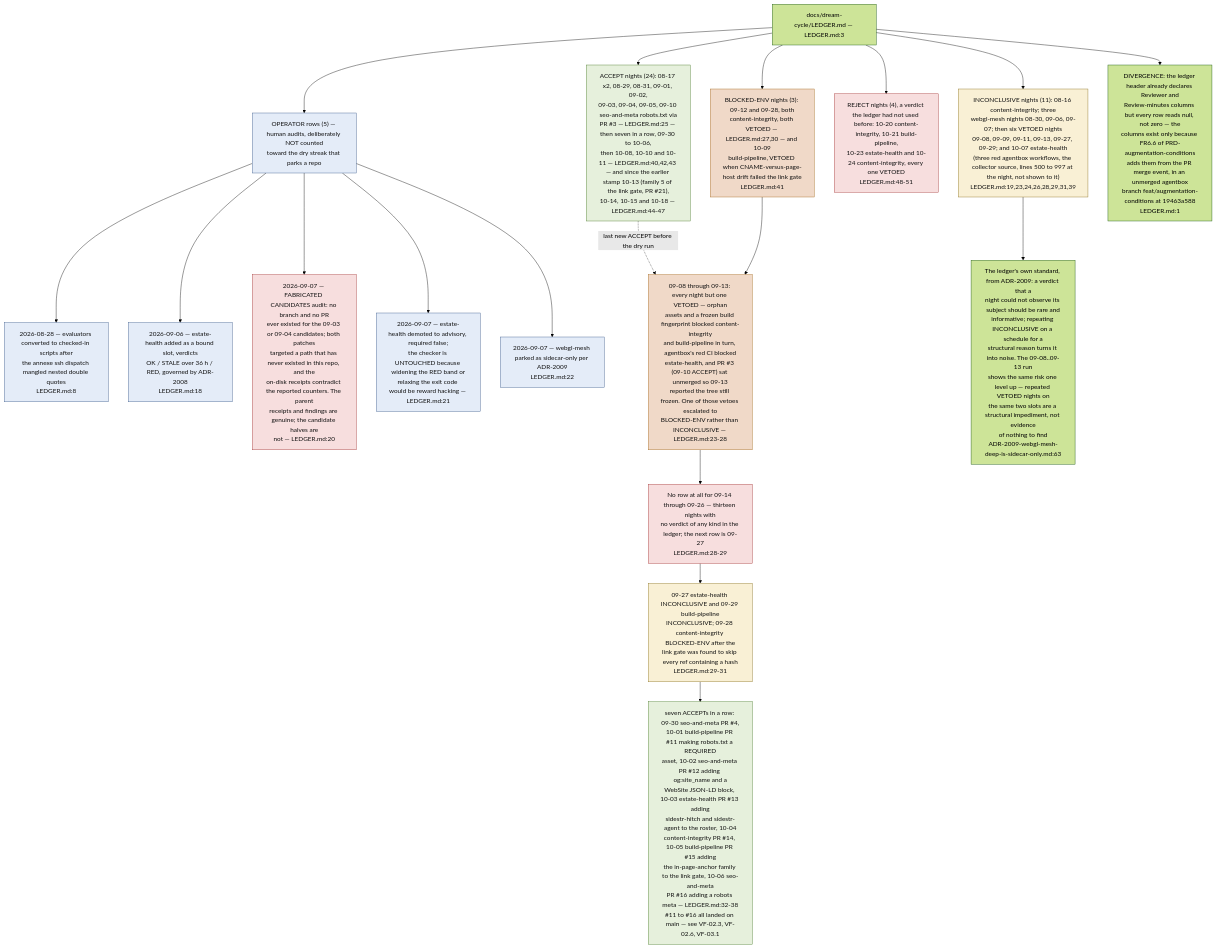
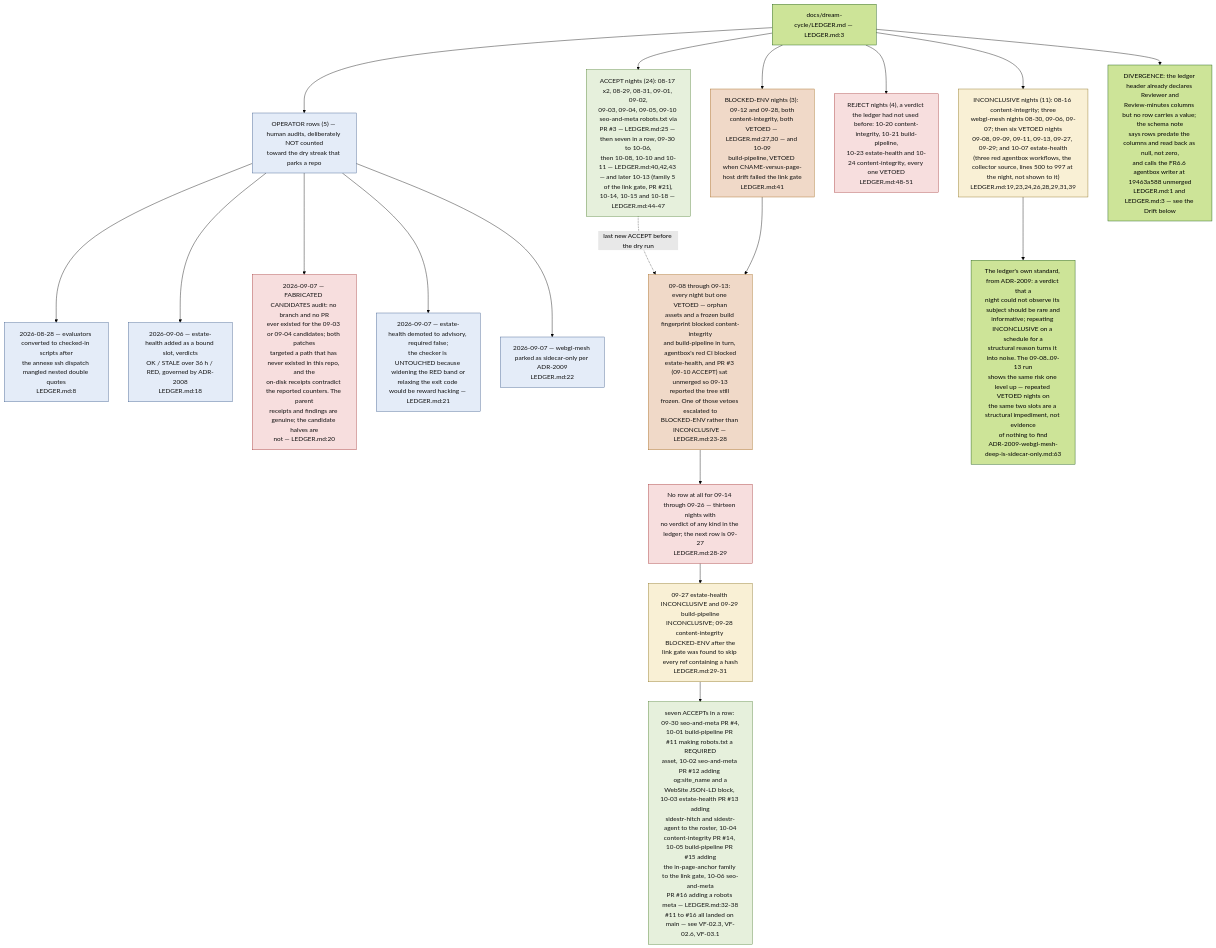
The seventh of 9 diagrams in docs/diagrams/visionflow/04-dream-cycle-integration.md (DreamLab-AI/VisionFlow), drawn with Mermaid (forest theme) before and after one commit. The commit also changed other lines of this file and 91 other files, not shown here.

First line of the commit message:
docs(audit): estate audit wave 2, every repository except agentbox and VisionClaw

````diff
--- a/docs/diagrams/visionflow/04-dream-cycle-integration.md
+++ b/docs/diagrams/visionflow/04-dream-cycle-integration.md
@@ -211,37 +212,37 @@
 ```mermaid
 flowchart TB
     classDef acc fill:#e6f0dc,stroke:#4a7a2a,color:#111
     classDef inc fill:#f9f0d5,stroke:#8a7020,color:#111
     classDef op fill:#e4ecf8,stroke:#3a5a8a,color:#111
     classDef bad fill:#f7dede,stroke:#a33333,color:#111
     classDef blk fill:#f0d9c8,stroke:#a3661a,color:#111
 
     L["docs/dream-cycle/LEDGER.md — LEDGER.md:3"]
 
-    L --> A["ACCEPT nights (24): 08-17 x2, 08-29, 08-31, 09-01, 09-02,<br/>09-03, 09-04, 09-05, 09-10 seo-and-meta robots.txt via<br/>PR #3 — LEDGER.md:25 — then seven in a row, 09-30 to 10-06,<br/>then 10-08, 10-10 and 10-11 — LEDGER.md:40,42,43 — and since the earlier stamp 10-13 (family 5 of the link gate, PR #21),<br/>10-14, 10-15 and 10-18 — LEDGER.md:44-47"]:::acc
+    L --> A["ACCEPT nights (24): 08-17 x2, 08-29, 08-31, 09-01, 09-02,<br/>09-03, 09-04, 09-05, 09-10 seo-and-meta robots.txt via<br/>PR #3 — LEDGER.md:25 — then seven in a row, 09-30 to 10-06,<br/>then 10-08, 10-10 and 10-11 — LEDGER.md:40,42,43 — and later 10-13 (family 5 of the link gate, PR #21),<br/>10-14, 10-15 and 10-18 — LEDGER.md:44-47"]:::acc
     L --> I["INCONCLUSIVE nights (11): 08-16 content-integrity; three<br/>webgl-mesh nights 08-30, 09-06, 09-07; then six VETOED nights<br/>09-08, 09-09, 09-11, 09-13, 09-27, 09-29; and 10-07 estate-health<br/>(three red agentbox workflows, the collector source, lines 500 to 997 at the night, not shown to it)<br/>LEDGER.md:19,23,24,26,28,29,31,39"]:::inc
     L --> B["BLOCKED-ENV nights (3): 09-12 and 09-28, both<br/>content-integrity, both VETOED — LEDGER.md:27,30 — and 10-09<br/>build-pipeline, VETOED when CNAME-versus-page-host drift failed the link gate<br/>LEDGER.md:41"]:::blk
     L --> R["REJECT nights (4), a verdict the ledger had not used before: 10-20 content-integrity, 10-21 build-pipeline,<br/>10-23 estate-health and 10-24 content-integrity, every one VETOED<br/>LEDGER.md:48-51"]:::bad
     L --> O["OPERATOR rows (5) — human audits, deliberately NOT counted<br/>toward the dry streak that parks a repo"]:::op
 
     O --> O1["2026-08-28 — evaluators converted to checked-in scripts after<br/>the annexe ssh dispatch mangled nested double quotes<br/>LEDGER.md:8"]:::op
     O --> O2["2026-09-06 — estate-health added as a bound slot, verdicts<br/>OK / STALE over 36 h / RED, governed by ADR-2008<br/>LEDGER.md:18"]:::op
     O --> O3["2026-09-07 — FABRICATED CANDIDATES audit: no branch and no PR<br/>ever existed for the 09-03 or 09-04 candidates; both patches<br/>targeted a path that has never existed in this repo, and the<br/>on-disk receipts contradict the reported counters. The parent<br/>receipts and findings are genuine; the candidate halves are<br/>not — LEDGER.md:20"]:::bad
     O --> O4["2026-09-07 — estate-health demoted to advisory, required false;<br/>the checker is UNTOUCHED because widening the RED band or<br/>relaxing the exit code would be reward hacking — LEDGER.md:21"]:::op
     O --> O5["2026-09-07 — webgl-mesh parked as sidecar-only per ADR-2009<br/>LEDGER.md:22"]:::op
 
     DRY["09-08 through 09-13: every night but one VETOED — orphan<br/>assets and a frozen build fingerprint blocked content-integrity<br/>and build-pipeline in turn, agentbox's red CI blocked<br/>estate-health, and PR #3 (09-10 ACCEPT) sat unmerged so 09-13<br/>reported the tree still frozen. One of those vetoes escalated to<br/>BLOCKED-ENV rather than INCONCLUSIVE — LEDGER.md:23-28"]:::blk
     A -.->|"last new ACCEPT before the dry run"| DRY
     B --> DRY
 
     GAP["No row at all for 09-14 through 09-26 — thirteen nights with<br/>no verdict of any kind in the ledger; the next row is 09-27<br/>LEDGER.md:28-29"]:::bad
     DRY --> GAP
     GAP --> LATE["09-27 estate-health INCONCLUSIVE and 09-29 build-pipeline<br/>INCONCLUSIVE; 09-28 content-integrity BLOCKED-ENV after the<br/>link gate was found to skip every ref containing a hash<br/>LEDGER.md:29-31"]:::inc
     LATE --> RUN["seven ACCEPTs in a row: 09-30 seo-and-meta PR #4,<br/>10-01 build-pipeline PR #11 making robots.txt a REQUIRED<br/>asset, 10-02 seo-and-meta PR #12 adding og:site_name and a<br/>WebSite JSON-LD block, 10-03 estate-health PR #13 adding<br/>sidestr-hitch and sidestr-agent to the roster, 10-04<br/>content-integrity PR #14, 10-05 build-pipeline PR #15 adding<br/>the in-page-anchor family to the link gate, 10-06 seo-and-meta<br/>PR #16 adding a robots meta — LEDGER.md:32-38<br/>#11 to #16 all landed on main — see VF-02.3, VF-02.6, VF-03.1"]:::acc
 
     LESSON["The ledger's own standard, from ADR-2009: a verdict that a<br/>night could not observe its subject should be rare and<br/>informative; repeating INCONCLUSIVE on a schedule for a<br/>structural reason turns it into noise. The 09-08..09-13 run<br/>shows the same risk one level up — repeated VETOED nights on<br/>the same two slots are a structural impediment, not evidence<br/>of nothing to find<br/>ADR-2009-webgl-mesh-deep-is-sidecar-only.md:63"]
     I --> LESSON
 
-    SCHEMA["DIVERGENCE: the ledger header already declares Reviewer and<br/>Review-minutes columns but every row reads null, not zero — the<br/>columns exist only because FR6.6 of PRD-augmentation-conditions<br/>adds them from the PR merge event, in an unmerged agentbox<br/>branch feat/augmentation-conditions at 19463a588<br/>LEDGER.md:1"]
+    SCHEMA["DIVERGENCE: the ledger header already declares Reviewer and<br/>Review-minutes columns but no row carries a value; the schema note<br/>says rows predate the columns and read back as null, not zero,<br/>and calls the FR6.6 agentbox writer at 19463a588 unmerged<br/>LEDGER.md:1 and LEDGER.md:3 — see the Drift below"]
     L --> SCHEMA
 ```
````
